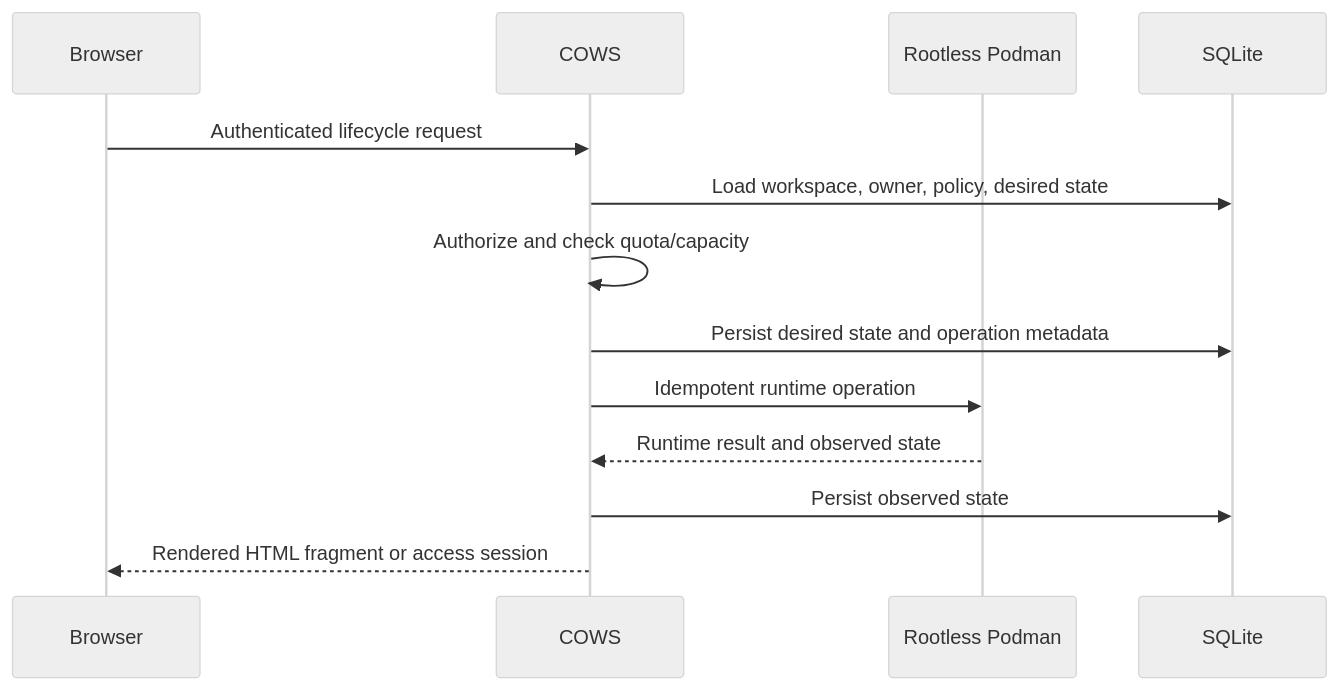
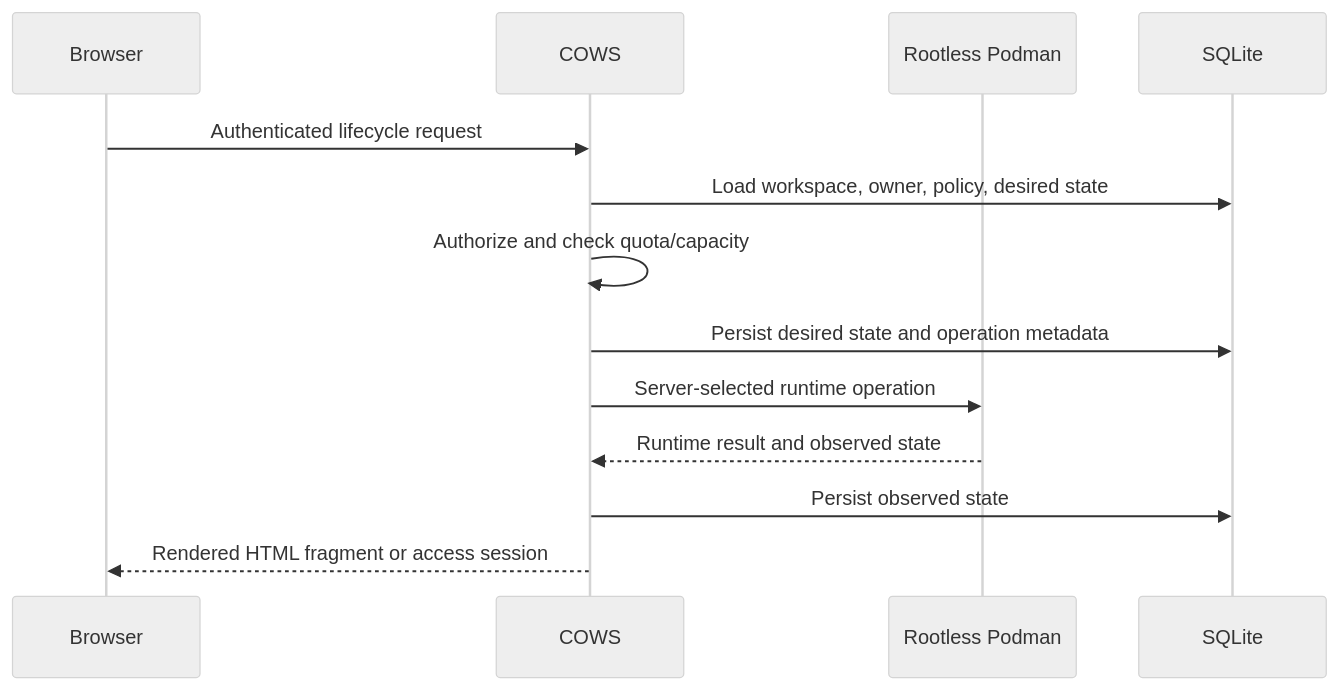
Before and after one commit to MrHighVoltage/COWS: the second of 2 diagrams in ARCHITECTURE.md, drawn with Mermaid (neutral theme). The commit also changed other lines of this file and 10 other files, not shown here.

````diff
--- a/ARCHITECTURE.md
+++ b/ARCHITECTURE.md
@@ -221,15 +221,15 @@
 ```mermaid
 sequenceDiagram
     participant U as Browser
     participant C as COWS
     participant D as Rootless Podman
     participant DB as SQLite
     U->>C: Authenticated lifecycle request
     C->>DB: Load workspace, owner, policy, desired state
     C->>C: Authorize and check quota/capacity
     C->>DB: Persist desired state and operation metadata
-    C->>D: Idempotent runtime operation
+    C->>D: Server-selected runtime operation
     D-->>C: Runtime result and observed state
     C->>DB: Persist observed state
     C-->>U: Rendered HTML fragment or access session
 ```
````
